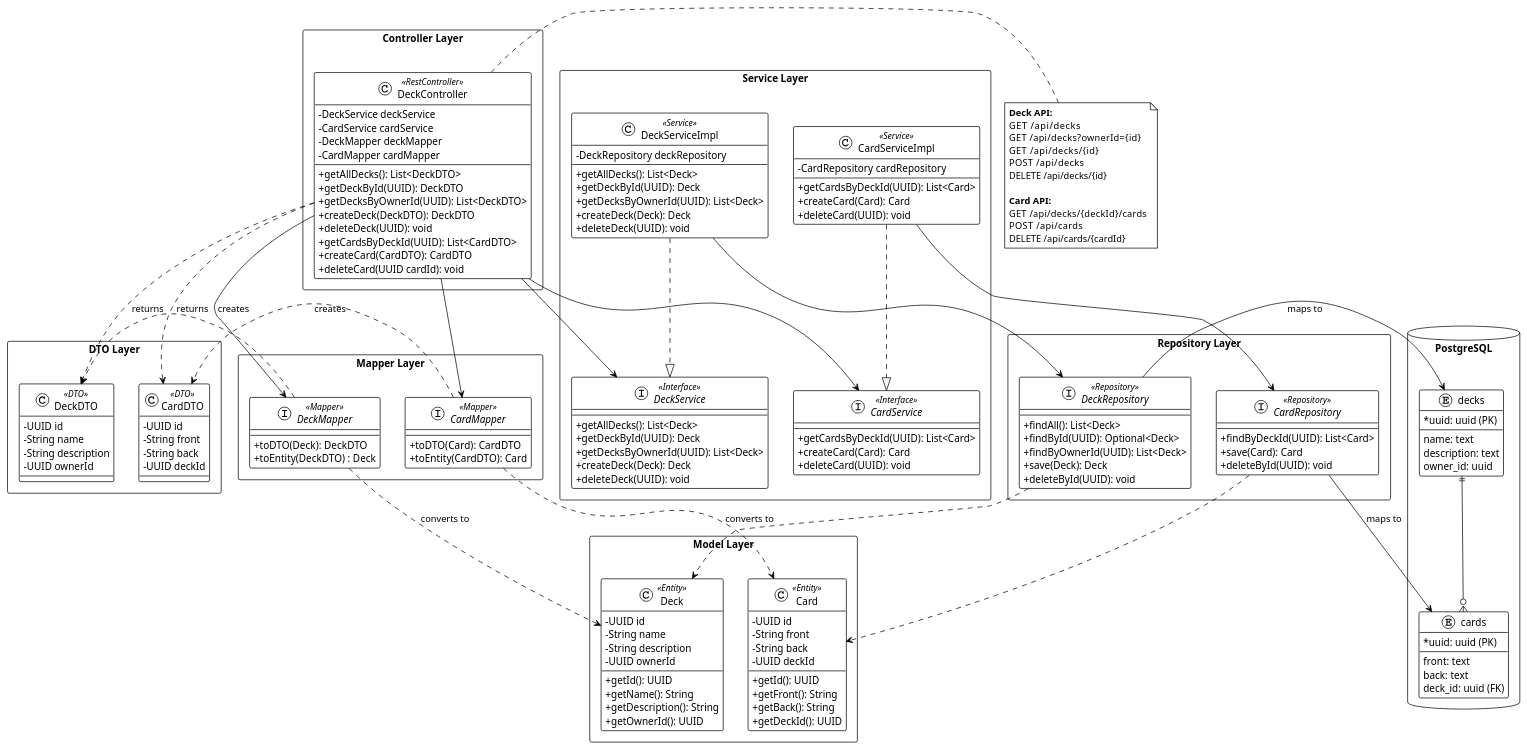
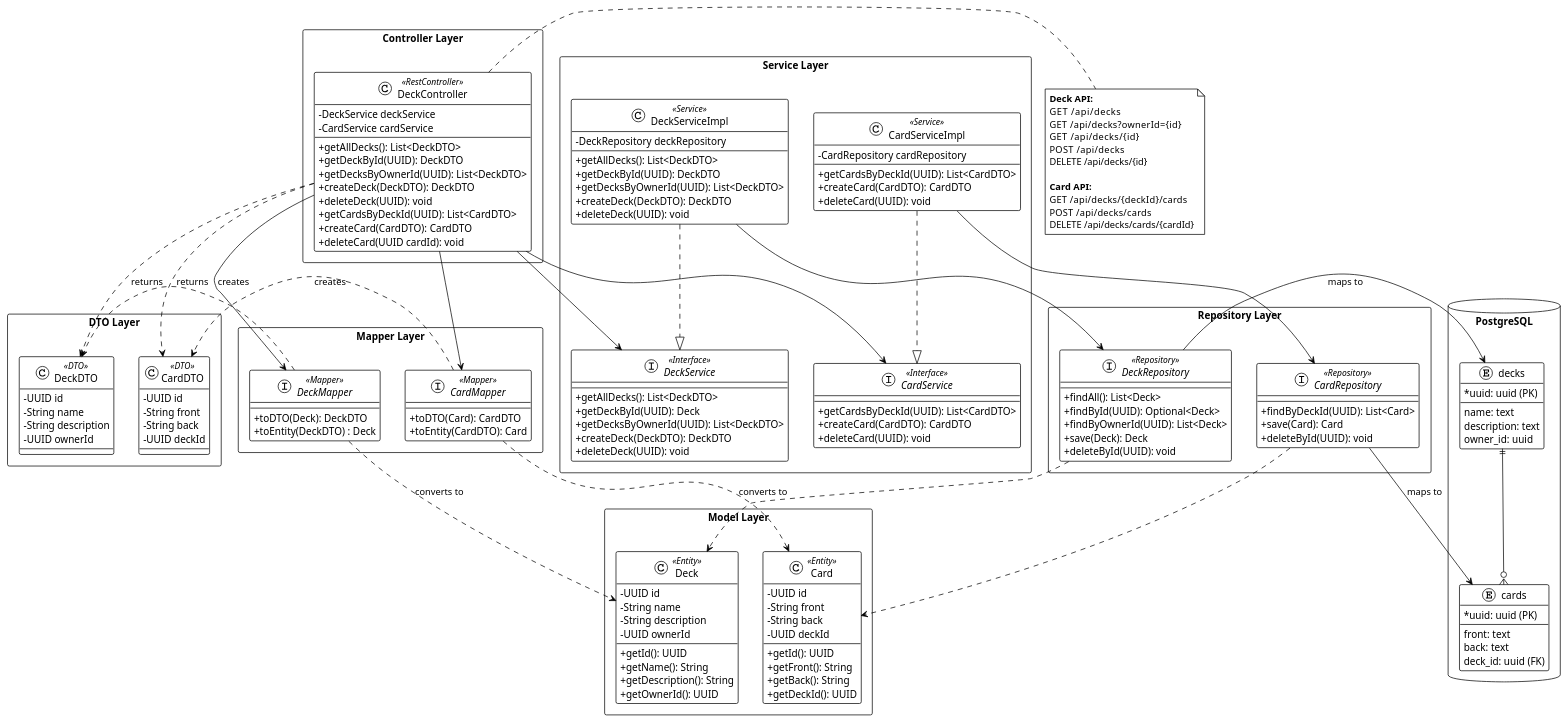
Before and after one commit to lasage2/cards: the diagram in doc/scheme.puml, drawn with PlantUML.

```diff
--- a/doc/scheme.puml
+++ b/doc/scheme.puml
@@ -1,183 +1,181 @@
 @startuml
 !theme plain
 
 skinparam packageStyle rectangle
 skinparam classAttributeIconSize 0
 
 package "Controller Layer" {
   class DeckController <<RestController>> {
     - DeckService deckService
     - CardService cardService
-    - DeckMapper deckMapper
-    - CardMapper cardMapper
     + getAllDecks(): List<DeckDTO>
     + getDeckById(UUID): DeckDTO
     + getDecksByOwnerId(UUID): List<DeckDTO>
     + createDeck(DeckDTO): DeckDTO
     + deleteDeck(UUID): void
     + getCardsByDeckId(UUID): List<CardDTO>
     + createCard(CardDTO): CardDTO
     + deleteCard(UUID cardId): void
   }
 }
 
 package "Mapper Layer" {
   interface DeckMapper <<Mapper>> {
     + toDTO(Deck): DeckDTO
     + toEntity(DeckDTO) : Deck
   }
 
   interface CardMapper <<Mapper>> {
     + toDTO(Card): CardDTO
     + toEntity(CardDTO): Card
   }
 }
 
 package "Service Layer" {
   interface DeckService <<Interface>> {
-    + getAllDecks(): List<Deck>
+    + getAllDecks(): List<DeckDTO>
     + getDeckById(UUID): Deck
-    + getDecksByOwnerId(UUID): List<Deck>
-    + createDeck(Deck): Deck
+    + getDecksByOwnerId(UUID): List<DeckDTO>
+    + createDeck(DeckDTO): DeckDTO
     + deleteDeck(UUID): void
   }
 
   class DeckServiceImpl <<Service>> {
     - DeckRepository deckRepository
-    + getAllDecks(): List<Deck>
-    + getDeckById(UUID): Deck
-    + getDecksByOwnerId(UUID): List<Deck>
-    + createDeck(Deck): Deck
+    + getAllDecks(): List<DeckDTO>
+    + getDeckById(UUID): DeckDTO
+    + getDecksByOwnerId(UUID): List<DeckDTO>
+    + createDeck(DeckDTO): DeckDTO
     + deleteDeck(UUID): void
   }
 
   interface CardService <<Interface>> {
-    + getCardsByDeckId(UUID): List<Card>
-    + createCard(Card): Card
+    + getCardsByDeckId(UUID): List<CardDTO>
+    + createCard(CardDTO): CardDTO
     + deleteCard(UUID): void
   }
 
   class CardServiceImpl <<Service>> {
     - CardRepository cardRepository
-    + getCardsByDeckId(UUID): List<Card>
-    + createCard(Card): Card
+    + getCardsByDeckId(UUID): List<CardDTO>
+    + createCard(CardDTO): CardDTO
     + deleteCard(UUID): void
   }
 }
 
 package "Repository Layer" {
   interface DeckRepository <<Repository>> {
     + findAll(): List<Deck>
     + findById(UUID): Optional<Deck>
     + findByOwnerId(UUID): List<Deck>
     + save(Deck): Deck
     + deleteById(UUID): void
   }
 
   interface CardRepository <<Repository>> {
     + findByDeckId(UUID): List<Card>
     + save(Card): Card
     + deleteById(UUID): void
   }
 }
 
 package "Model Layer" {
   class Deck <<Entity>> {
     - UUID id
     - String name
     - String description
     - UUID ownerId
     + getId(): UUID
     + getName(): String
     + getDescription(): String
     + getOwnerId(): UUID
   }
 
   class Card <<Entity>> {
     - UUID id
     - String front
     - String back
     - UUID deckId
     + getId(): UUID
     + getFront(): String
     + getBack(): String
     + getDeckId(): UUID
   }
 }
 
 package "DTO Layer" {
   class DeckDTO <<DTO>> {
     - UUID id
     - String name
     - String description
     - UUID ownerId
   }
 
   class CardDTO <<DTO>> {
     - UUID id
     - String front
     - String back
     - UUID deckId
   }
 }
 
 database "PostgreSQL" as DB {
   entity decks {
     *uuid: uuid (PK)
     --
     name: text
     description: text
     owner_id: uuid
   }
 
   entity cards {
     *uuid: uuid (PK)
     --
     front: text
     back: text
     deck_id: uuid (FK)
   }
 }
 
 ' Connections
 DeckController --> DeckService
 DeckController --> CardService
 DeckController --> DeckMapper
 DeckController --> CardMapper
 DeckController .> DeckDTO : returns
 DeckController .> CardDTO : returns
 
 DeckMapper .> DeckDTO : creates
 DeckMapper .> Deck : converts to
 CardMapper .> CardDTO : creates
 CardMapper .> Card : converts to
 
 DeckServiceImpl ..|> DeckService
 CardServiceImpl ..|> CardService
 
 DeckServiceImpl --> DeckRepository
 CardServiceImpl --> CardRepository
 
 DeckRepository ..> Deck
 CardRepository ..> Card
 
 DeckRepository -> DB.decks : maps to
 CardRepository -> DB.cards : maps to
 
 DB.decks ||--o{ DB.cards
 
 note right of DeckController
   **Deck API:**
   GET    /api/decks
   GET    /api/decks?ownerId={id}
   GET    /api/decks/{id}
   POST   /api/decks
   DELETE /api/decks/{id}
 
   **Card API:**
   GET    /api/decks/{deckId}/cards
-  POST   /api/cards
-  DELETE /api/cards/{cardId}
+  POST   /api/decks/cards
+  DELETE /api/decks/cards/{cardId}
 end note
 
 @enduml
```
